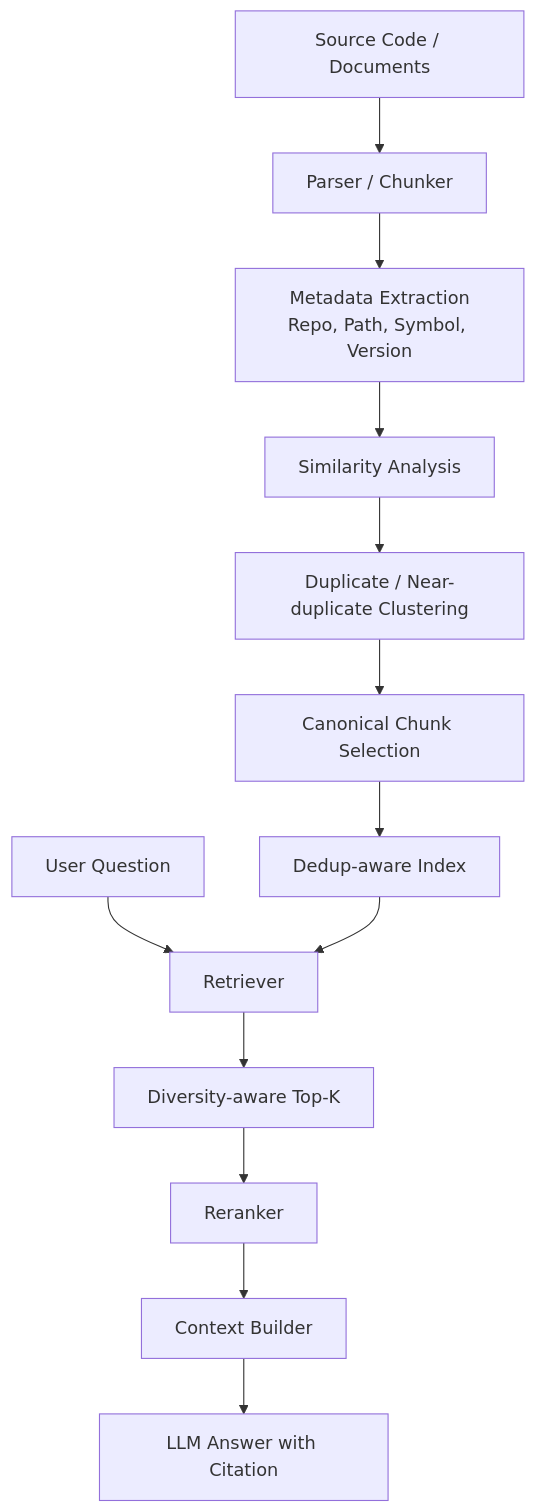
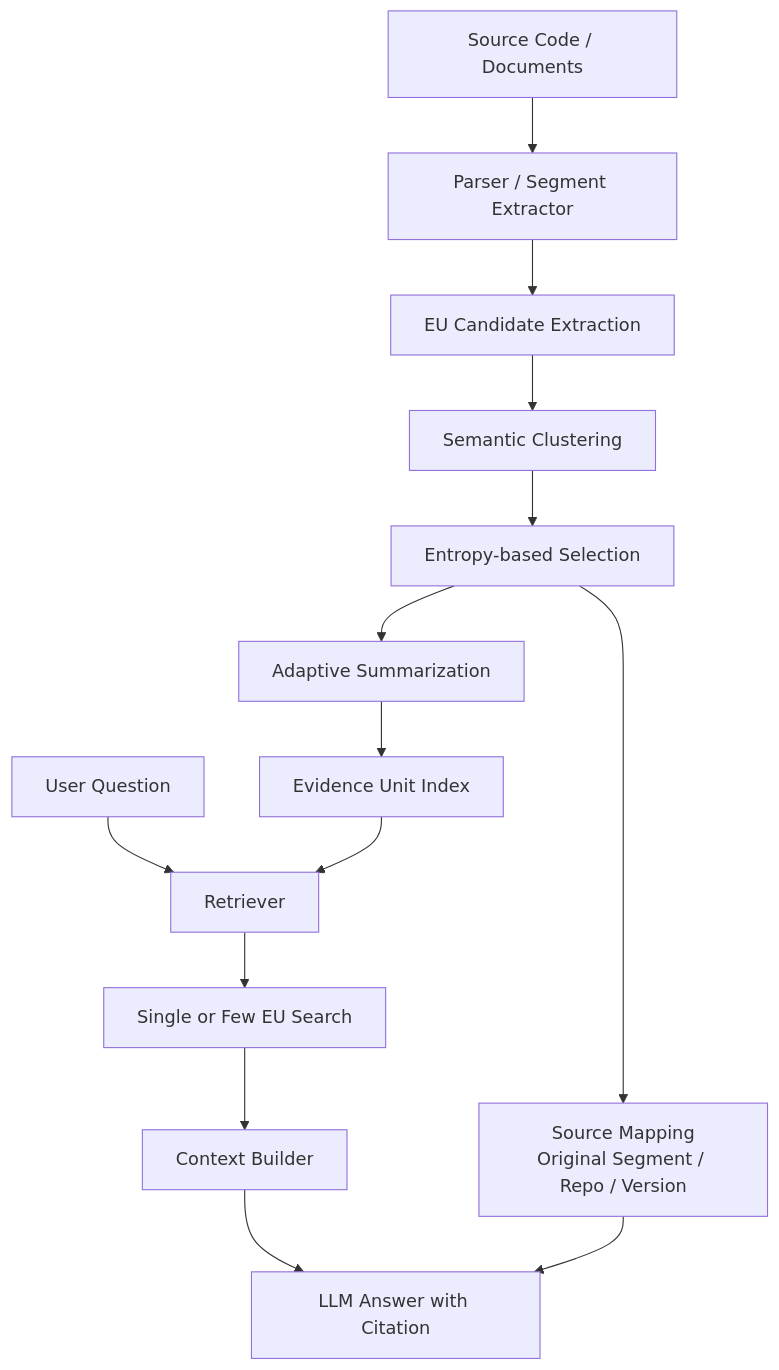
Before and after one commit to younlea/2026_architect_9B_team: the third of 4 diagrams in doc/02_DP1_Dedup_Aware_RAG_Selection.md, drawn with Mermaid. The commit also changed other lines of this file and 5 other files, not shown here.

````diff
--- a/doc/02_DP1_Dedup_Aware_RAG_Selection.md
+++ b/doc/02_DP1_Dedup_Aware_RAG_Selection.md
@@ -159,16 +163,17 @@
 ```mermaid
 flowchart TD
-    A[Source Code / Documents] --> B[Parser / Chunker]
-    B --> C[Metadata Extraction<br/>Repo, Path, Symbol, Version]
-    C --> D[Similarity Analysis]
-    D --> E[Duplicate / Near-duplicate Clustering]
-    E --> F[Canonical Chunk Selection]
-    F --> G[Dedup-aware Index]
+    A[Source Code / Documents] --> B[Parser / Segment Extractor]
+    B --> C[EU Candidate Extraction]
+    C --> D[Semantic Clustering]
+    D --> E[Entropy-based Selection]
+    E --> F[Adaptive Summarization]
+    F --> G[Evidence Unit Index]
+    E --> M[Source Mapping<br/>Original Segment / Repo / Version]
 
-    Q[User Question] --> H[Retriever]
-    G --> H
-    H --> I[Diversity-aware Top-K]
-    I --> J[Reranker]
-    J --> K[Context Builder]
-    K --> L[LLM Answer with Citation]
+    Q[User Question] --> R[Retriever]
+    G --> R
+    R --> I[Single or Few EU Search]
+    I --> J[Context Builder]
+    J --> K[LLM Answer with Citation]
+    M --> K
 ```
````
